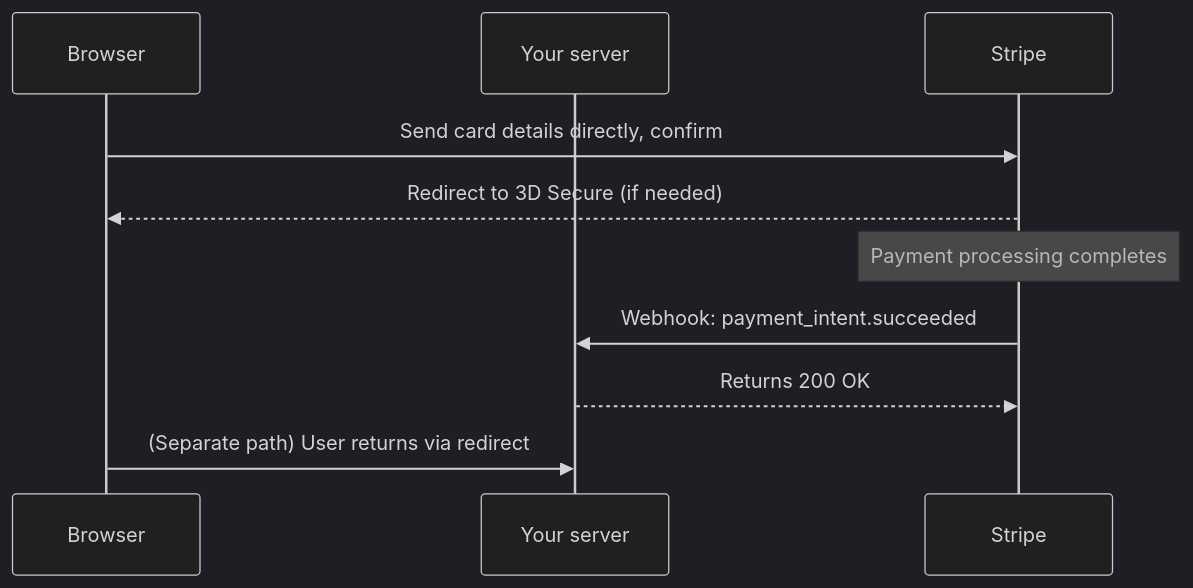
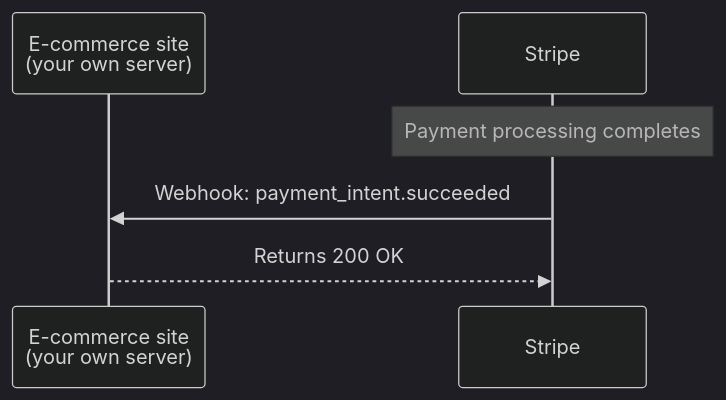
Before and after one commit to koikoi1998/koikoi-blog-20260723: the third of 3 diagrams in src/content/articles-en/payment-api-guide.md, drawn with Mermaid (dark theme). The commit also changed other lines of this file and 1 other file, not shown here.

First line of the commit message:
フィードバック対応:payment-api-guideをユーザー視点の画面遷移ベースに全面書き直し

````diff
--- a/src/content/articles-en/payment-api-guide.md
+++ b/src/content/articles-en/payment-api-guide.md
@@ -82,13 +112,9 @@
 ```mermaid
 sequenceDiagram
-    participant Browser
-    participant YourServer as Your server
+    participant Site as E-commerce site<br/>(your own server)
     participant Stripe
 
-    Browser->>Stripe: Send card details directly, confirm
-    Stripe-->>Browser: Redirect to 3D Secure (if needed)
     Note over Stripe: Payment processing completes
-    Stripe->>YourServer: Webhook: payment_intent.succeeded
-    YourServer-->>Stripe: Returns 200 OK
-    Browser->>YourServer: (Separate path) User returns via redirect
+    Stripe->>Site: Webhook: payment_intent.succeeded
+    Site-->>Stripe: Returns 200 OK
 ```
````
